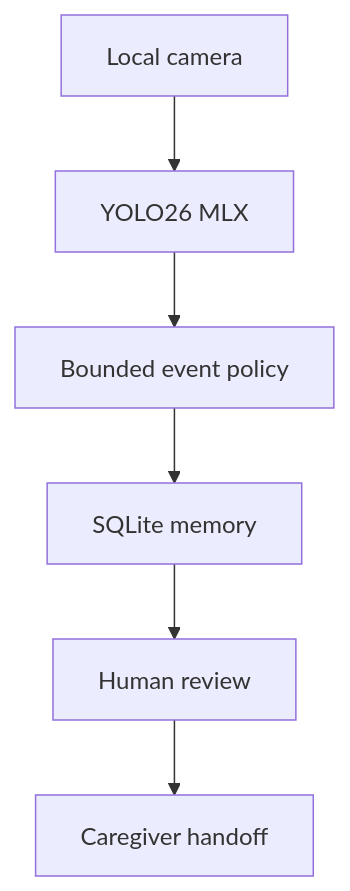
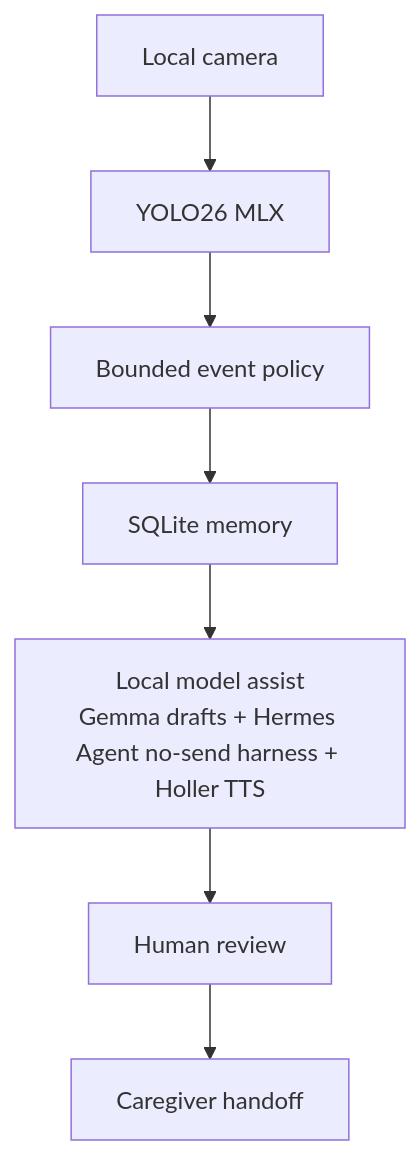
The diagram in README.md (Vel-Labs/CareSight), drawn with Mermaid before and after one commit. The commit also changed other lines of this file and 54 other files, not shown here.

Commit message:
Route local model assist after SQLite in ship goal

````diff
--- a/README.md
+++ b/README.md
@@ -76,15 +76,17 @@
 ```mermaid
 flowchart TD
   Camera["Local camera"]
   Vision["YOLO26 MLX"]
   Policy["Bounded event policy"]
   Memory["SQLite memory"]
+  Models["Local model assist<br/>Gemma drafts + Hermes Agent no-send harness + Holler TTS"]
   Review["Human review"]
   Handoff["Caregiver handoff"]
 
   Camera --> Vision
   Vision --> Policy
   Policy --> Memory
-  Memory --> Review
+  Memory --> Models
+  Models --> Review
   Review --> Handoff
 ```
````
